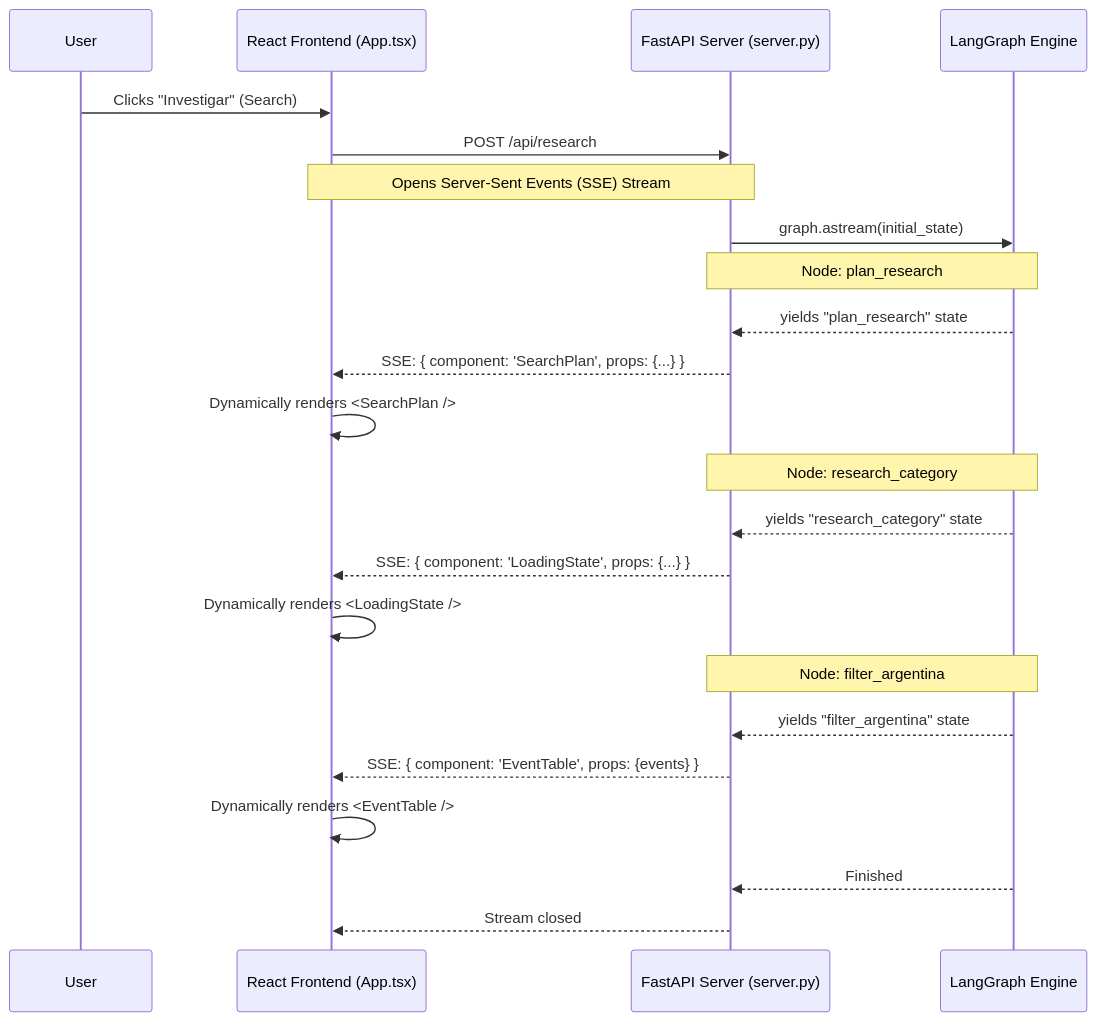
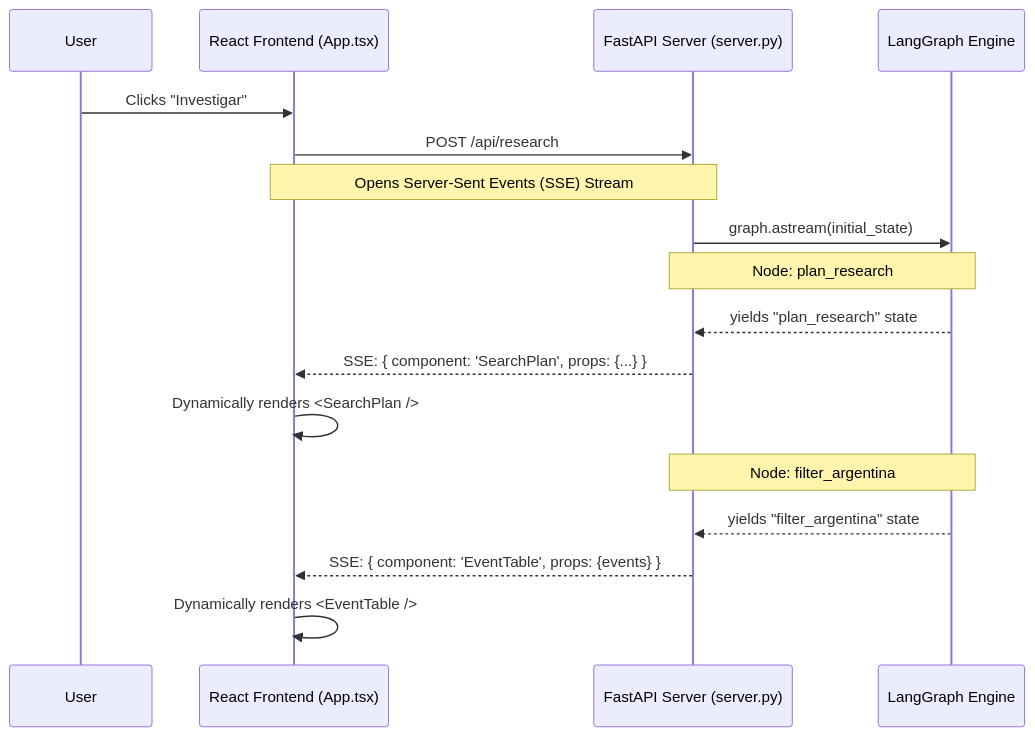
One commit to dracero/deep_reasearch_events changed the second of 2 diagrams in README.md. Above: the diagram before and after it, drawn with Mermaid. The commit also changed other lines of this file, not shown here.

````diff
--- a/README.md
+++ b/README.md
@@ -49,30 +89,22 @@
 ```mermaid
 sequenceDiagram
     participant User
     participant App as React Frontend (App.tsx)
     participant Server as FastAPI Server (server.py)
     participant Graph as LangGraph Engine
     
-    User->>App: Clicks "Investigar" (Search)
+    User->>App: Clicks "Investigar"
     App->>Server: POST /api/research
     Note over App,Server: Opens Server-Sent Events (SSE) Stream
     Server->>Graph: graph.astream(initial_state)
     
     Note over Server,Graph: Node: plan_research
     Graph-->>Server: yields "plan_research" state
     Server-->>App: SSE: { component: 'SearchPlan', props: {...} }
     App->>App: Dynamically renders <SearchPlan />
     
-    Note over Server,Graph: Node: research_category
-    Graph-->>Server: yields "research_category" state
-    Server-->>App: SSE: { component: 'LoadingState', props: {...} }
-    App->>App: Dynamically renders <LoadingState />
-    
     Note over Server,Graph: Node: filter_argentina
     Graph-->>Server: yields "filter_argentina" state
     Server-->>App: SSE: { component: 'EventTable', props: {events} }
     App->>App: Dynamically renders <EventTable />
-    
-    Graph-->>Server: Finished
-    Server-->>App: Stream closed
 ```
````
